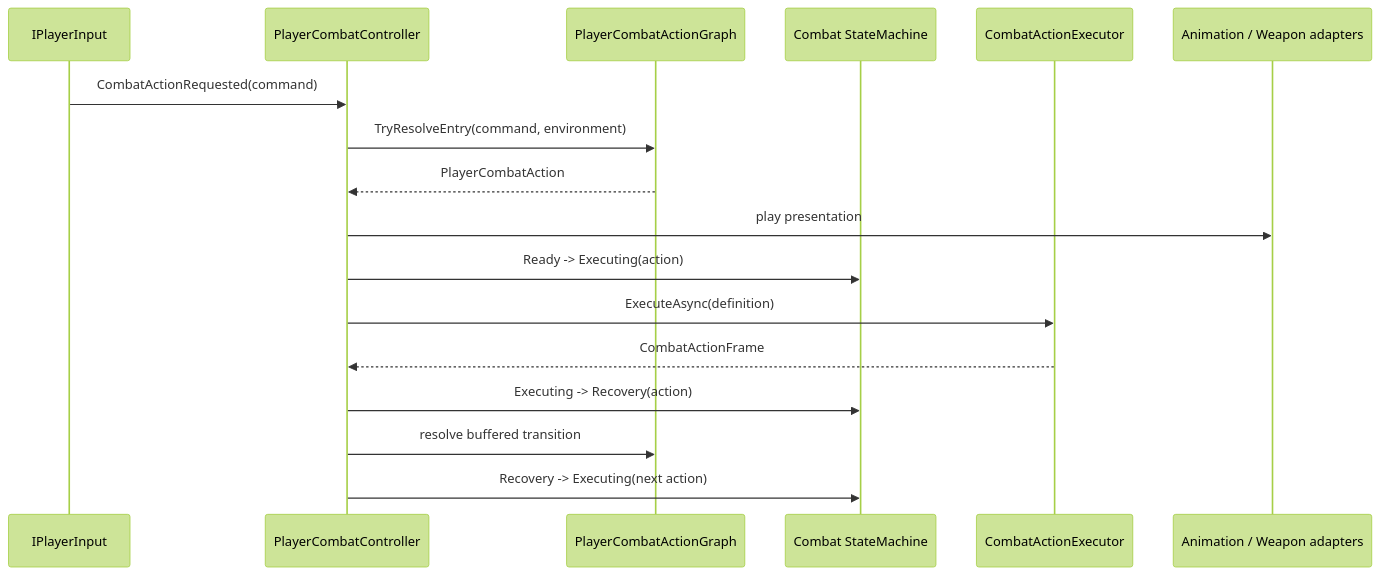
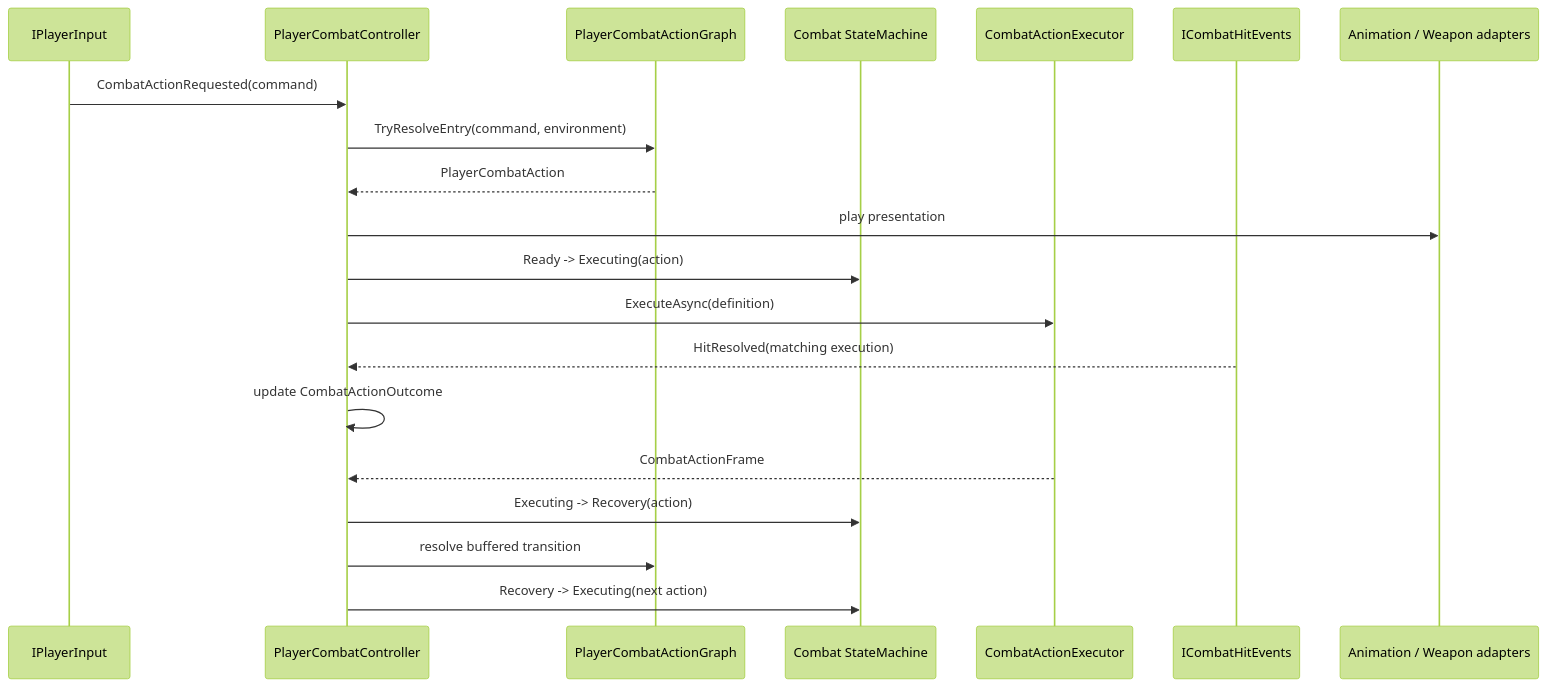
The third of 3 diagrams in Docs/Architecture/Player.Combat.md (MaximFonariuc/project-s), drawn with Mermaid (forest theme) before and after one commit. The commit also changed other lines of this file and 10 other files, not shown here.

Commit message:
feat(combat): gate transitions by action outcome

````diff
--- a/Docs/Architecture/Player.Combat.md
+++ b/Docs/Architecture/Player.Combat.md
@@ -143,20 +154,23 @@
 ```mermaid
 sequenceDiagram
     participant Input as IPlayerInput
     participant Combat as PlayerCombatController
     participant Graph as PlayerCombatActionGraph
     participant Machine as Combat StateMachine
     participant Executor as CombatActionExecutor
+    participant Hits as ICombatHitEvents
     participant View as Animation / Weapon adapters
 
     Input->>Combat: CombatActionRequested(command)
     Combat->>Graph: TryResolveEntry(command, environment)
     Graph-->>Combat: PlayerCombatAction
     Combat->>View: play presentation
     Combat->>Machine: Ready -> Executing(action)
     Combat->>Executor: ExecuteAsync(definition)
+    Hits-->>Combat: HitResolved(matching execution)
+    Combat->>Combat: update CombatActionOutcome
     Executor-->>Combat: CombatActionFrame
     Combat->>Machine: Executing -> Recovery(action)
     Combat->>Graph: resolve buffered transition
     Combat->>Machine: Recovery -> Executing(next action)
 ```
````
